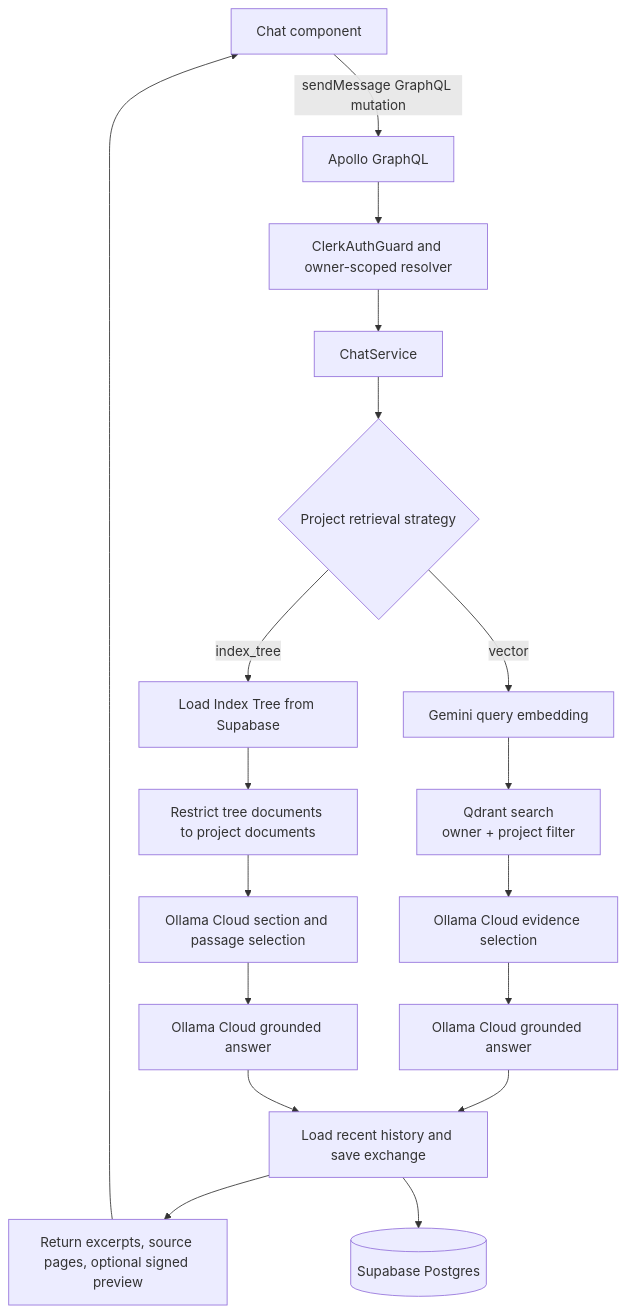
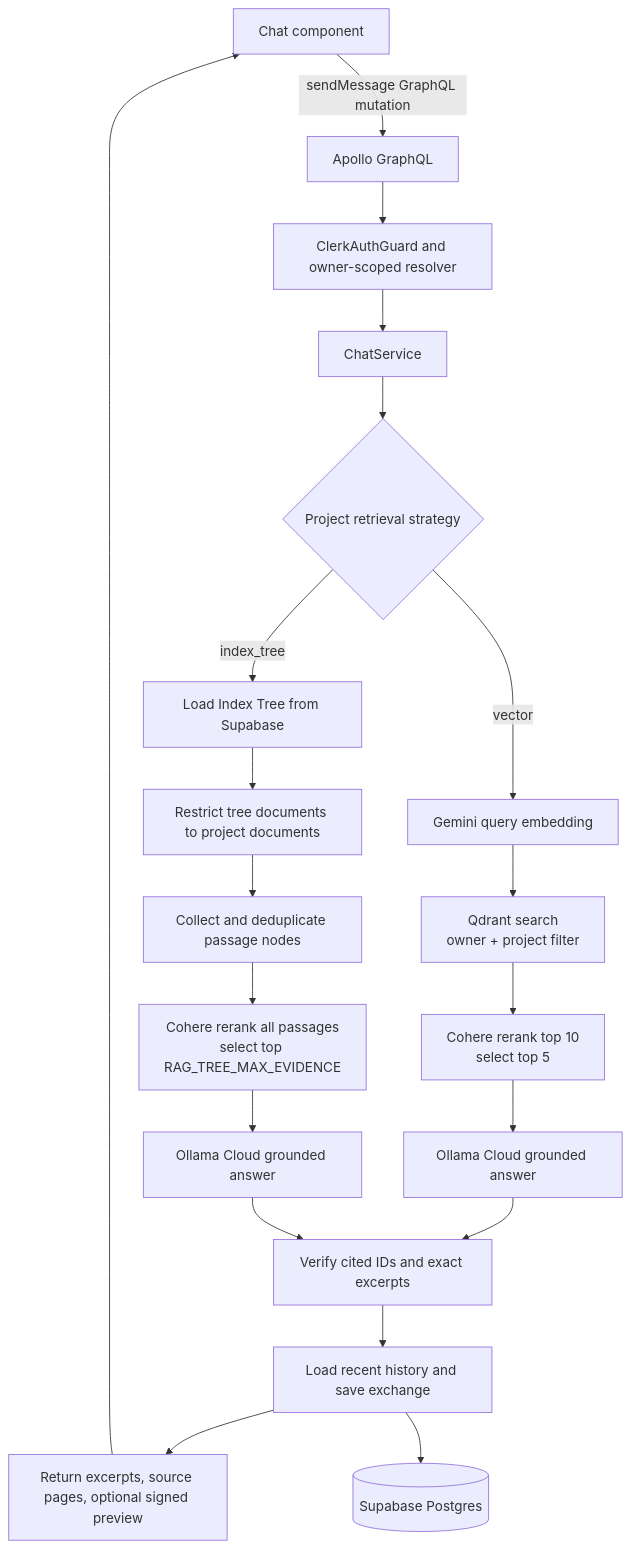
The second of 2 diagrams in .github/ARCHITECTURE.md (shubham369963/magnify-app), drawn with Mermaid before and after one commit. The commit also changed other lines of this file and 10 other files, not shown here.

````diff
--- a/.github/ARCHITECTURE.md
+++ b/.github/ARCHITECTURE.md
@@ -92,23 +96,25 @@
 ```mermaid
 flowchart TD
   UI["Chat component"] -->|sendMessage GraphQL mutation| API["Apollo GraphQL"]
   API --> Guard["ClerkAuthGuard and owner-scoped resolver"]
   Guard --> Chat["ChatService"]
   Chat --> Strategy{"Project retrieval strategy"}
 
   Strategy -->|vector| Embed["Gemini query embedding"]
   Embed --> Search["Qdrant search<br/>owner + project filter"]
-  Search --> VectorSelect["Ollama Cloud evidence selection"]
-  VectorSelect --> VectorAnswer["Ollama Cloud grounded answer"]
+  Search --> VectorRerank["Cohere rerank top 10<br/>select top 5"]
+  VectorRerank --> VectorAnswer["Ollama Cloud grounded answer"]
 
   Strategy -->|index_tree| LoadTree["Load Index Tree from Supabase"]
   LoadTree --> Authorize["Restrict tree documents to project documents"]
-  Authorize --> TreeSelect["Ollama Cloud section and passage selection"]
-  TreeSelect --> TreeAnswer["Ollama Cloud grounded answer"]
+  Authorize --> TreeCandidates["Collect and deduplicate passage nodes"]
+  TreeCandidates --> TreeRerank["Cohere rerank all passages<br/>select top RAG_TREE_MAX_EVIDENCE"]
+  TreeRerank --> TreeAnswer["Ollama Cloud grounded answer"]
 
-  VectorAnswer --> Persist["Load recent history and save exchange"]
-  TreeAnswer --> Persist
+  VectorAnswer --> Validate["Verify cited IDs and exact excerpts"]
+  TreeAnswer --> Validate
+  Validate --> Persist["Load recent history and save exchange"]
   Persist --> Sources["Return excerpts, source pages, optional signed preview"]
   Sources --> UI
   Persist --> DB[(Supabase Postgres)]
 ```
````
